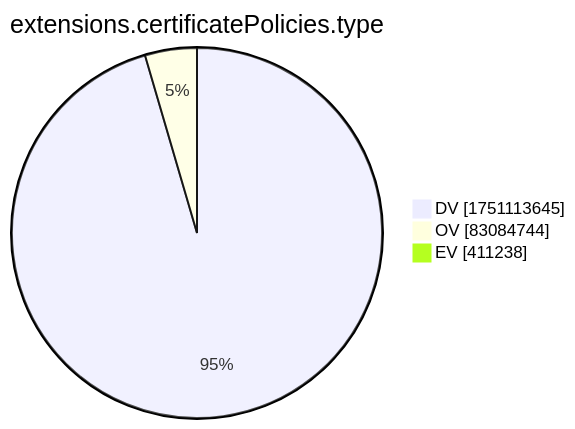
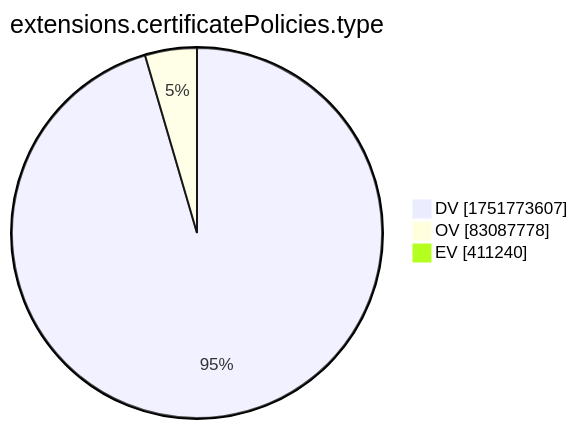
Before and after one commit to christiankrug/ctmonitor_visualization: the tenth of 15 diagrams in xenon2022/README.md, drawn with Mermaid. The commit also changed other lines of this file, not shown here.

````diff
--- a/xenon2022/README.md
+++ b/xenon2022/README.md
@@ -2881,7 +2881,7 @@
 ```mermaid
 pie showData
 title extensions.certificatePolicies.type
-"DV" :1751113645
-"OV" :83084744
-"EV" :411238
+"DV" :1751773607
+"OV" :83087778
+"EV" :411240
 ```
````
